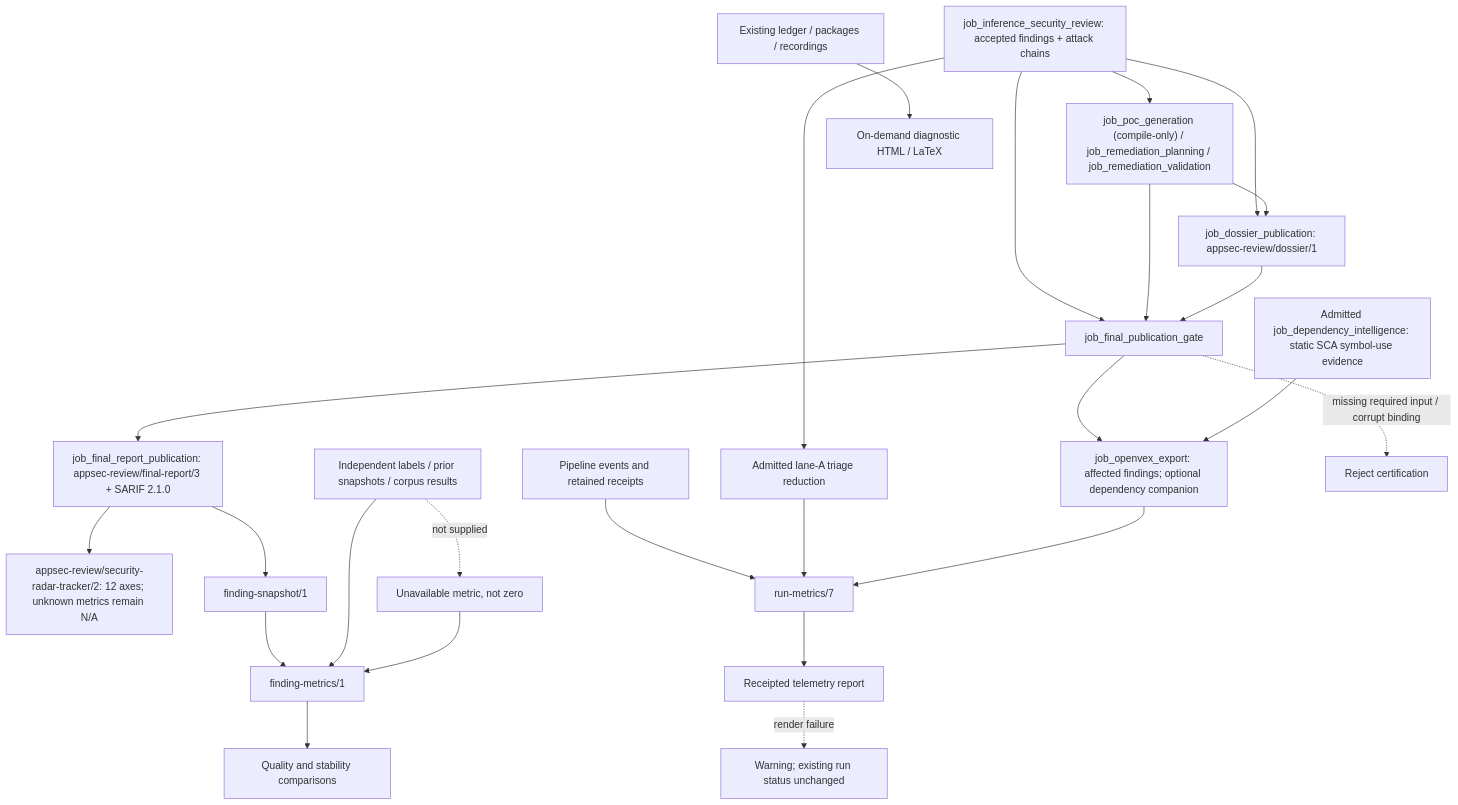
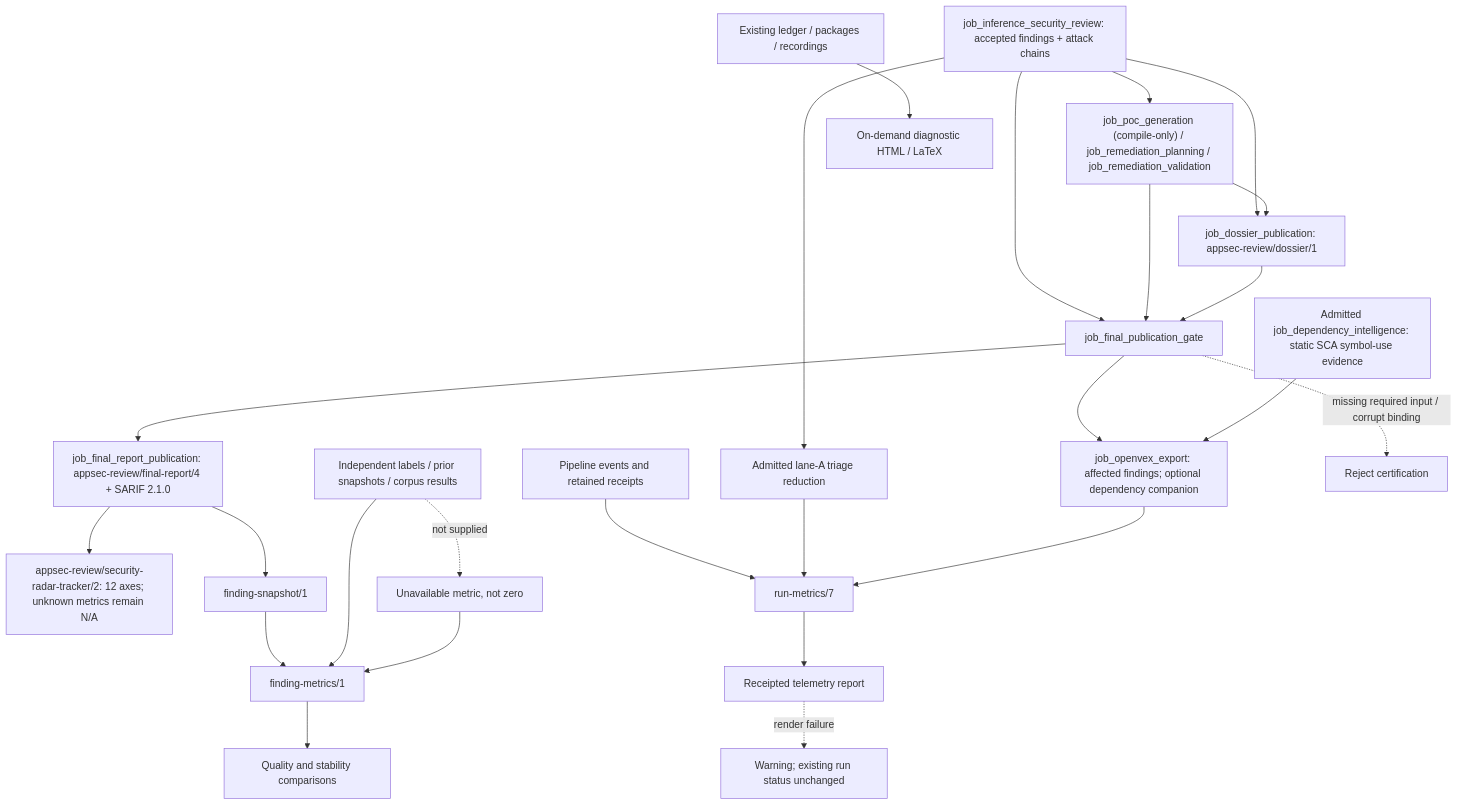
The diagram in docs/architecture/reporting-and-metrics.md (wsollers/appsec-review), drawn with Mermaid before and after one commit. The commit also changed other lines of this file and 10 other files, not shown here.

````diff
--- a/docs/architecture/reporting-and-metrics.md
+++ b/docs/architecture/reporting-and-metrics.md
@@ -282,27 +282,27 @@
 ```mermaid
 flowchart TD
   review["job_inference_security_review: accepted findings + attack chains"] --> engineering["job_poc_generation (compile-only) / job_remediation_planning / job_remediation_validation"]
   review --> dossiers["job_dossier_publication: appsec-review/dossier/1"]
   engineering --> dossiers
   review --> gate["job_final_publication_gate"]
   engineering --> gate
   dossiers --> gate
-  gate --> report["job_final_report_publication: appsec-review/final-report/3 + SARIF 2.1.0"]
+  gate --> report["job_final_report_publication: appsec-review/final-report/4 + SARIF 2.1.0"]
   report --> radar["appsec-review/security-radar-tracker/2: 12 axes; unknown metrics remain N/A"]
   gate --> vex["job_openvex_export: affected findings; optional dependency companion"]
   dependencies["Admitted job_dependency_intelligence: static SCA symbol-use evidence"] --> vex
   report --> snapshot["finding-snapshot/1"]
   snapshot --> scorecard["finding-metrics/1"]
   independent["Independent labels / prior snapshots / corpus results"] --> scorecard
   scorecard --> trends["Quality and stability comparisons"]
   events["Pipeline events and retained receipts"] --> metrics["run-metrics/7"]
   review --> triage["Admitted lane-A triage reduction"]
   triage --> metrics
   vex --> metrics
   metrics --> telemetry["Receipted telemetry report"]
   diagnostic["Existing ledger / packages / recordings"] --> view["On-demand diagnostic HTML / LaTeX"]
   gate -. "missing required input / corrupt binding" .-> reject["Reject certification"]
   independent -. "not supplied" .-> unknown["Unavailable metric, not zero"]
   unknown --> scorecard
   telemetry -. "render failure" .-> warning["Warning; existing run status unchanged"]
 ```
````
